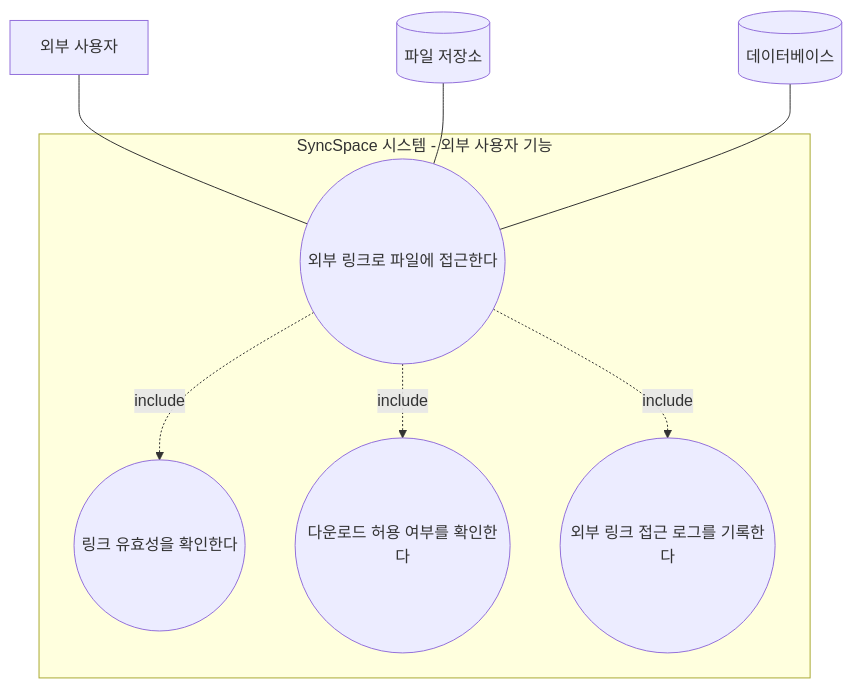
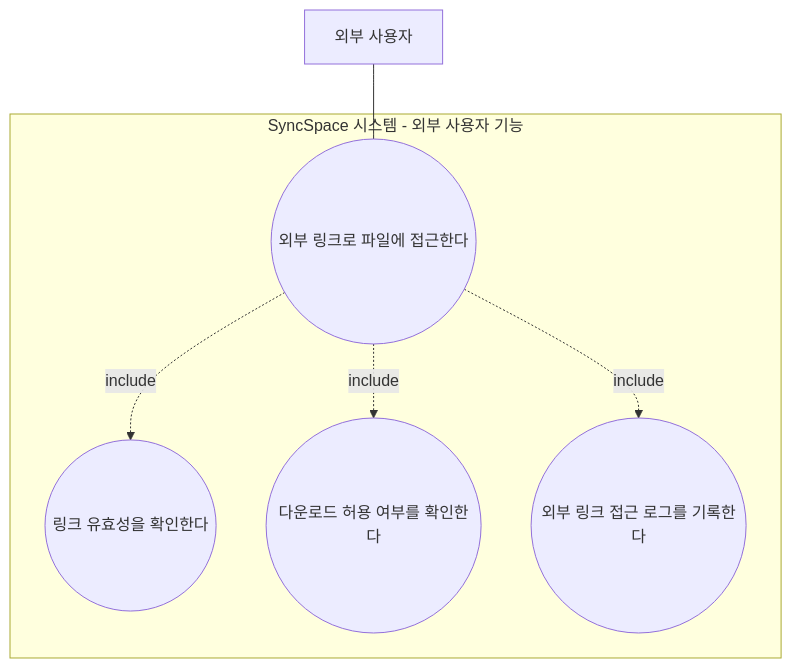
The fourth of 16 diagrams in doc/requirements_analysis.md (csharon0218/se), drawn with Mermaid before and after one commit. The commit also changed other lines of this file, not shown here.

````diff
--- a/doc/requirements_analysis.md
+++ b/doc/requirements_analysis.md
@@ -233,17 +231,15 @@
 ```mermaid
 flowchart TB
     subgraph S[SyncSpace 시스템 - 외부 사용자 기능]
         U13((외부 링크로 파일에 접근한다))
         U13A((링크 유효성을 확인한다))
         U13B((다운로드 허용 여부를 확인한다))
         U13C((외부 링크 접근 로그를 기록한다))
     end
 
     ExternalUser[외부 사용자] --- U13
-    Storage[(파일 저장소)] --- U13
-    DB[(데이터베이스)] --- U13
 
     U13 -. include .-> U13A
     U13 -. include .-> U13B
     U13 -. include .-> U13C
 ```
````
